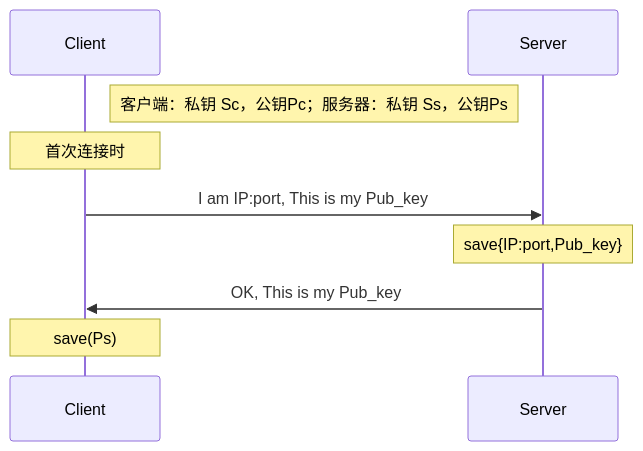
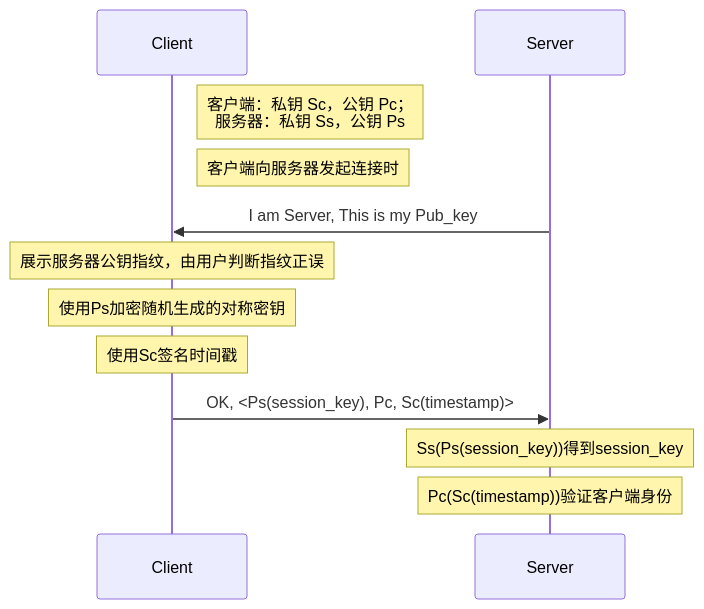
One commit to distiny-cool/Secure_file-_transfer changed the second of 2 diagrams in README.md. Above: the diagram before and after it, drawn with Mermaid. The commit also changed other lines of this file, not shown here.

````diff
--- a/README.md
+++ b/README.md
@@ -28,11 +62,15 @@
 ```mermaid
 sequenceDiagram
   participant C as Client
   participant S as Server
-  Note right of C: 客户端：私钥 Sc，公钥Pc；服务器：私钥 Ss，公钥Ps
-  Note over C: 首次连接时
-  C->>S: I am IP:port, This is my Pub_key
-  Note over S: save{IP:port,Pub_key}
-  S->>C: OK, This is my Pub_key
-  Note over C: save(Ps)
+  Note right of C: 客户端：私钥 Sc，公钥 Pc；<br>服务器：私钥 Ss，公钥 Ps
+  Note right of C: 客户端向服务器发起连接时
+  S->>C: I am Server, This is my Pub_key
+  Note over C: 展示服务器公钥指纹，由用户判断指纹正误
+  Note over C: 使用Ps加密随机生成的对称密钥
+  Note over C: 使用Sc签名时间戳
+  C->>S: OK, <Ps(session_key), Pc, Sc(timestamp)>
+  Note over S: Ss(Ps(session_key))得到session_key
+  Note over S: Pc(Sc(timestamp))验证客户端身份
+
 ```
````
